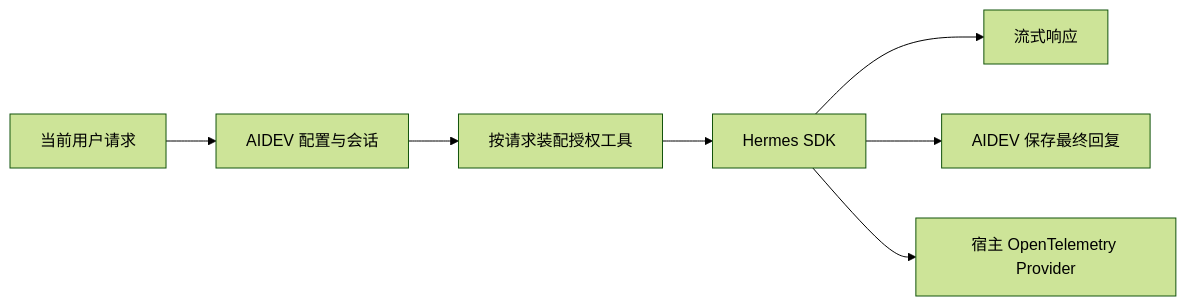
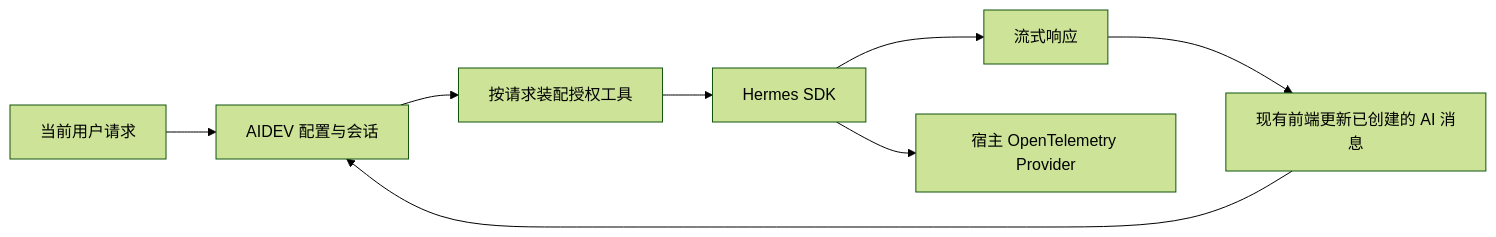
One commit to TencentBlueKing/bk-monitor changed the diagram in ai_agent/README.md. Above: the diagram before and after it, drawn with Mermaid (forest theme). The commit also changed other lines of this file and 2 other files, not shown here.

````diff
--- a/ai_agent/README.md
+++ b/ai_agent/README.md
@@ -5,9 +5,10 @@
 ```mermaid
 flowchart LR
     Request[当前用户请求] --> Platform[AIDEV 配置与会话]
     Platform --> Tools[按请求装配授权工具]
     Tools --> Hermes[Hermes SDK]
     Hermes --> SSE[流式响应]
-    Hermes --> Save[AIDEV 保存最终回复]
+    SSE --> Caller[现有前端更新已创建的 AI 消息]
+    Caller --> Platform
     Hermes --> Trace[宿主 OpenTelemetry Provider]
 ```
````
